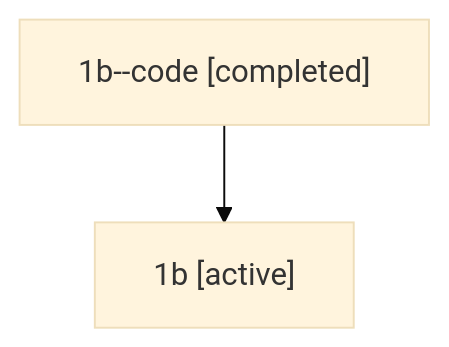
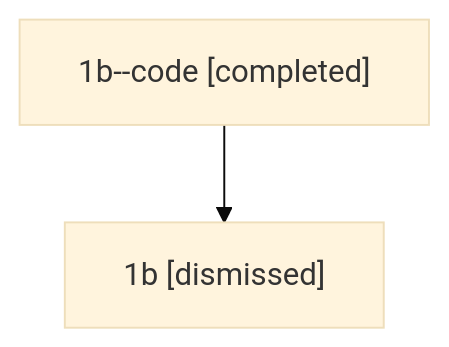
One commit to bobs-org/bob-cli--agents changed the diagram in sessions/bbugyi200.athena.1b.md. Above: the diagram before and after it, drawn with Mermaid (base theme). The commit also changed other lines of this file and 10 other files, not shown here.

````diff
--- a/sessions/bbugyi200.athena.1b.md
+++ b/sessions/bbugyi200.athena.1b.md
@@ -9,6 +9,6 @@
 ```mermaid
 flowchart TD
   n0["1b--code [completed]"]
-  n1["1b [active]"]
+  n1["1b [dismissed]"]
   n0 --> n1
 ```
````
